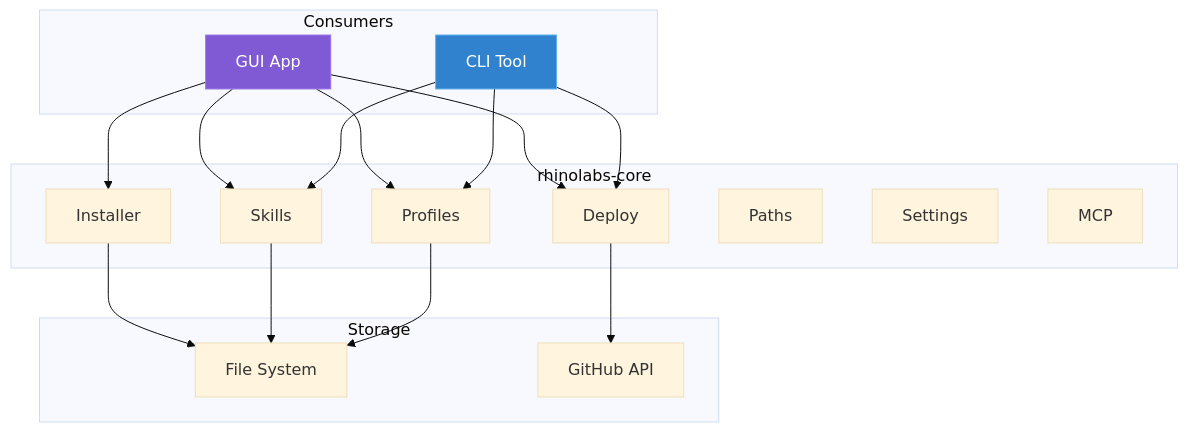
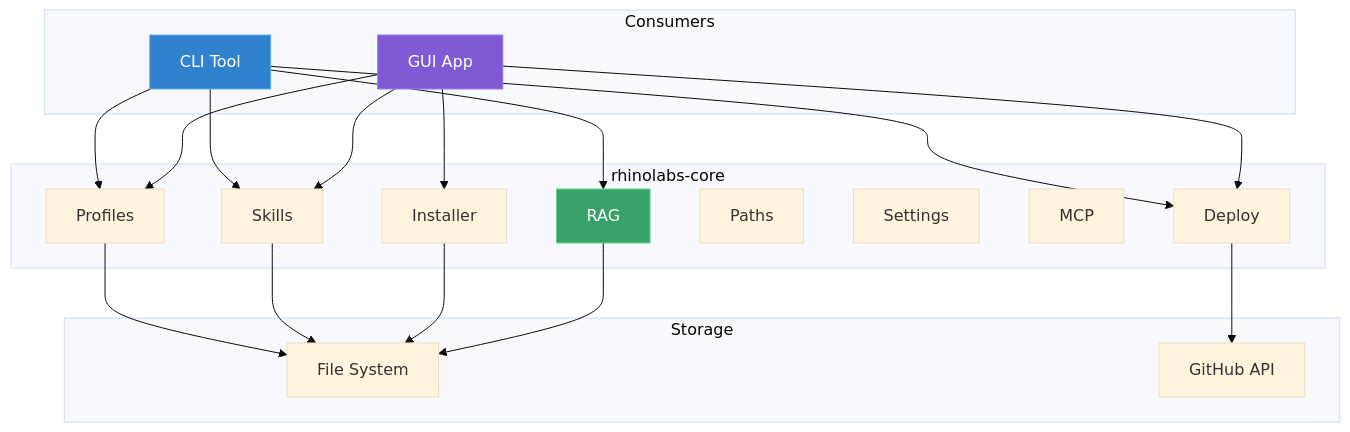
One commit to javiermontescarrera/rhinolabs-ai changed the first of 15 diagrams in core/README.md. Above: the diagram before and after it, drawn with Mermaid (base theme). The commit also changed other lines of this file and 15 other files, not shown here.

````diff
--- a/core/README.md
+++ b/core/README.md
@@ -7,38 +7,42 @@
 ```mermaid
 graph TB
     subgraph "Consumers"
         CLI[CLI Tool]
         GUI[GUI App]
     end
 
     subgraph "rhinolabs-core"
         PROFILES[Profiles]
         SKILLS[Skills]
         DEPLOY[Deploy]
         INSTALLER[Installer]
         PATHS[Paths]
         SETTINGS[Settings]
         MCP[MCP]
+        RAG[RAG]
     end
 
     subgraph "Storage"
         FS[File System]
         GH[GitHub API]
     end
 
     CLI --> PROFILES
     CLI --> SKILLS
     CLI --> DEPLOY
+    CLI --> RAG
     GUI --> PROFILES
     GUI --> SKILLS
     GUI --> DEPLOY
     GUI --> INSTALLER
 
     PROFILES --> FS
     SKILLS --> FS
     DEPLOY --> GH
     INSTALLER --> FS
+    RAG --> FS
 
     style CLI fill:#3182ce,stroke:#63b3ed,color:#fff
     style GUI fill:#805ad5,stroke:#9f7aea,color:#fff
+    style RAG fill:#38a169,stroke:#68d391,color:#fff
 ```
````
